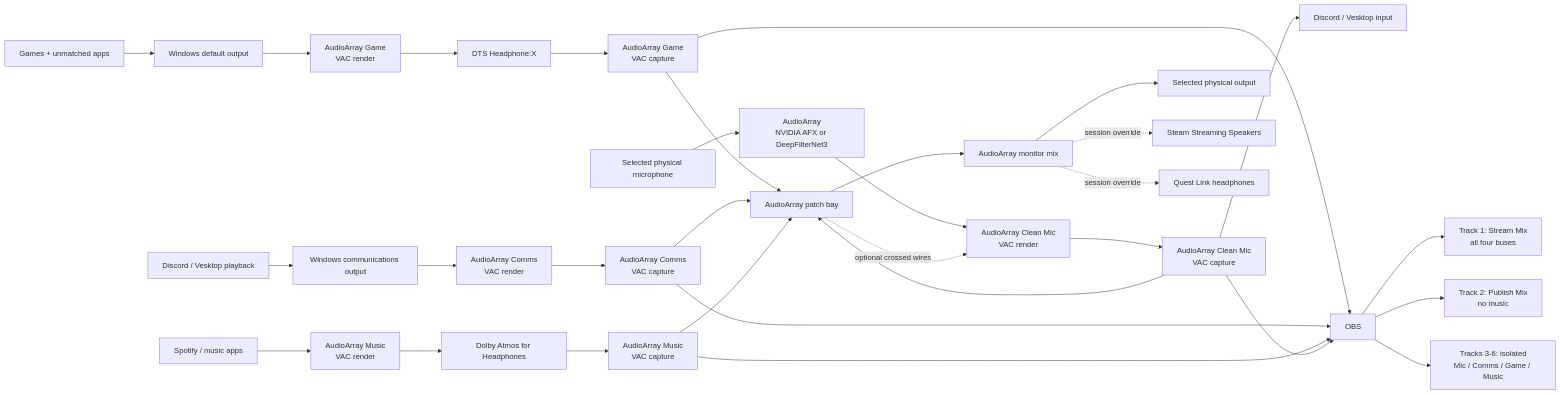
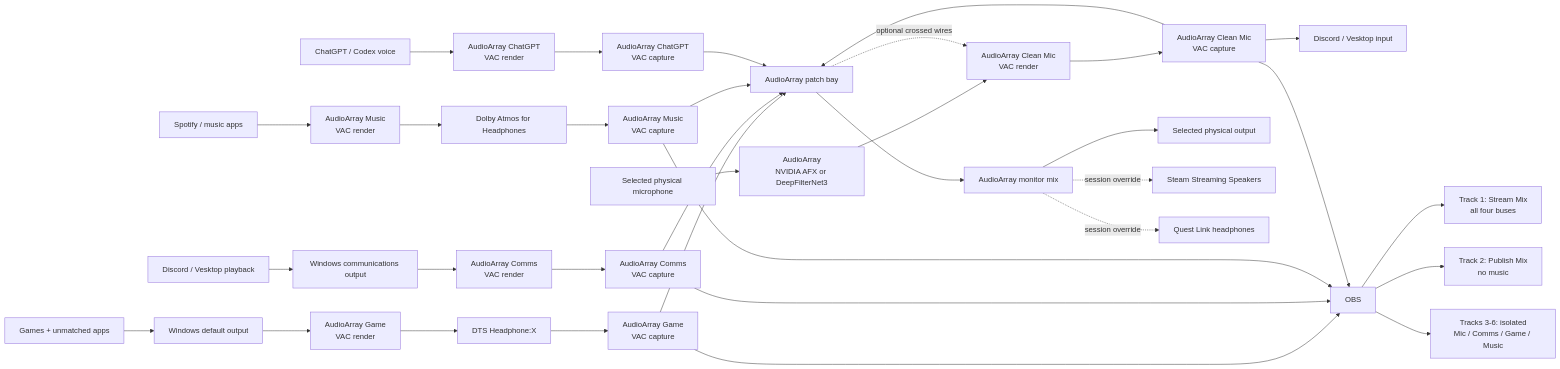
The diagram in packages/audioarray/README.md (AlexAllocated/.dotfiles), drawn with Mermaid before and after one commit. The commit also changed other lines of this file and 11 other files, not shown here.

Commit message:
feat: add ChatGPT audio bus

````diff
--- a/packages/audioarray/README.md
+++ b/packages/audioarray/README.md
@@ -94,38 +100,42 @@
 ```mermaid
 flowchart LR
    games[Games + unmatched apps] --> gameOut[Windows default output]
    gameOut --> gameRender[AudioArray Game<br/>VAC render]
    gameRender --> dts[DTS Headphone:X]
    dts --> gameCapture[AudioArray Game<br/>VAC capture]
 
    chat[Discord / Vesktop playback] --> commsOut[Windows communications output]
    commsOut --> commsRender[AudioArray Comms<br/>VAC render]
    commsRender --> commsCapture[AudioArray Comms<br/>VAC capture]
 
    spotify[Spotify / music apps] --> musicRender[AudioArray Music<br/>VAC render]
    musicRender --> atmos[Dolby Atmos for Headphones]
    atmos --> musicCapture[AudioArray Music<br/>VAC capture]
 
+   voiceAi[ChatGPT / Codex voice] --> chatgptRender[AudioArray ChatGPT<br/>VAC render]
+   chatgptRender --> chatgptCapture[AudioArray ChatGPT<br/>VAC capture]
+
    mic[Selected physical microphone] --> denoise[AudioArray<br/>NVIDIA AFX or DeepFilterNet3]
    denoise --> micRender[AudioArray Clean Mic<br/>VAC render]
    micRender --> micCapture[AudioArray Clean Mic<br/>VAC capture]
    micCapture --> chatInput[Discord / Vesktop input]
 
    gameCapture --> patchbay[AudioArray patch bay]
    commsCapture --> patchbay
    musicCapture --> patchbay
+   chatgptCapture --> patchbay
    micCapture --> patchbay
    patchbay --> monitor[AudioArray monitor mix]
    patchbay -. optional crossed wires .-> micRender
    monitor --> localOutput[Selected physical output]
    monitor -. session override .-> moonlight[Steam Streaming Speakers]
    monitor -. session override .-> quest[Quest Link headphones]
 
    gameCapture --> obs[OBS]
    commsCapture --> obs
    musicCapture --> obs
    micCapture --> obs
    obs --> stream[Track 1: Stream Mix<br/>all four buses]
    obs --> publish[Track 2: Publish Mix<br/>no music]
    obs --> stems[Tracks 3-6: isolated<br/>Mic / Comms / Game / Music]
 ```
````
